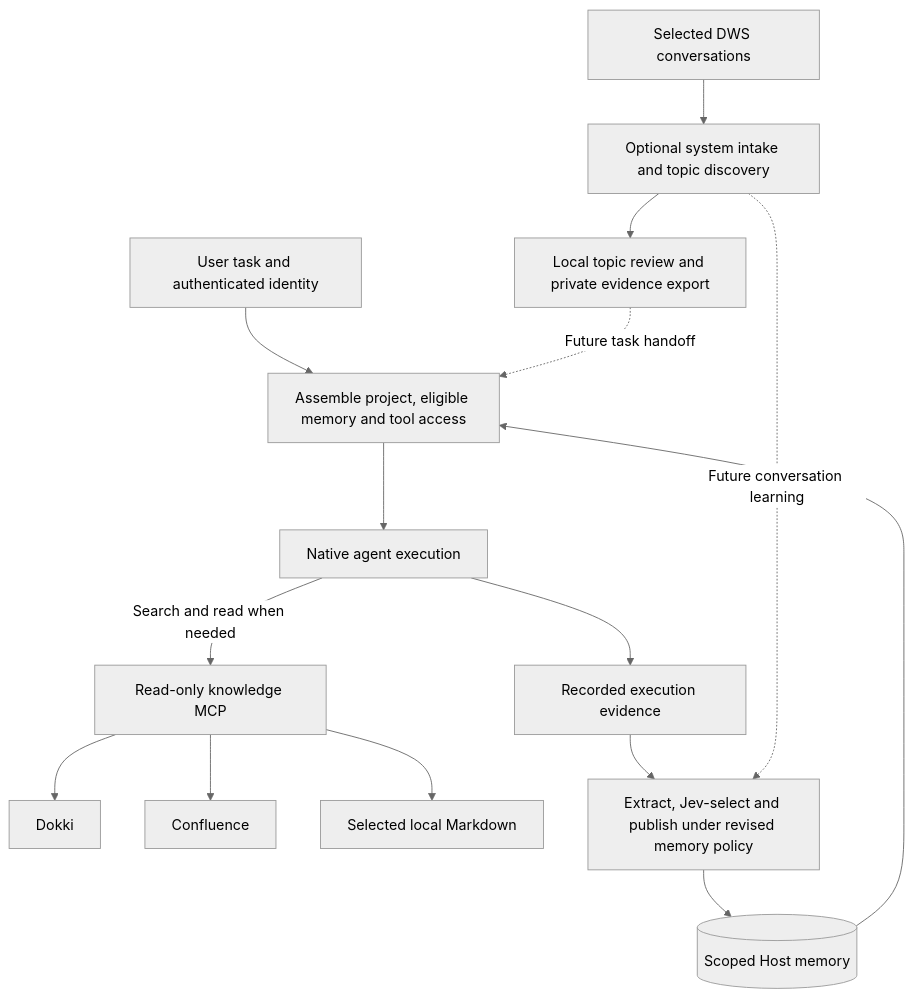
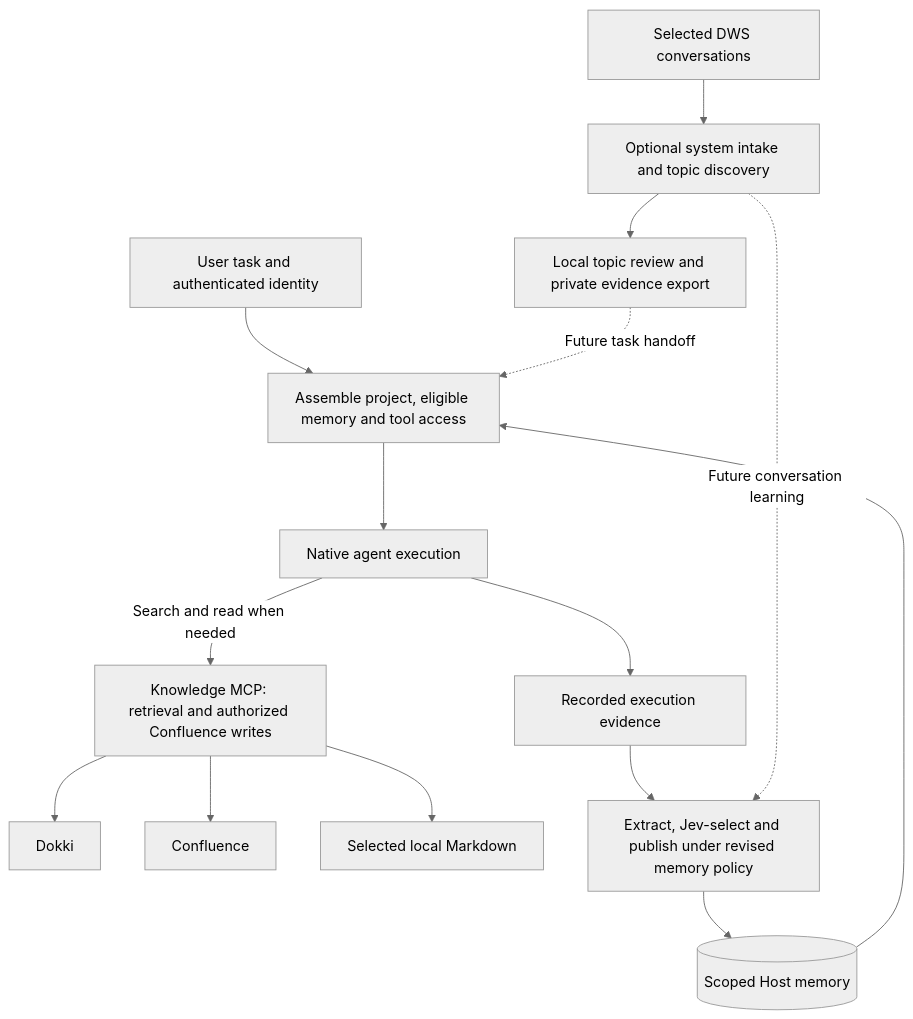
The diagram in docs/knowledge-sources.md (zhoushoujianwork/Agent-Host), drawn with Mermaid (neutral theme) before and after one commit. The commit also changed other lines of this file and 20 other files, not shown here.

Commit message:
docs: refresh architecture and delivery status, retire stale roadmap

````diff
--- a/docs/knowledge-sources.md
+++ b/docs/knowledge-sources.md
@@ -70,17 +70,17 @@
 ```mermaid
 flowchart TD
     T[User task and authenticated identity] --> A[Assemble project, eligible memory and tool access]
     M[(Scoped Host memory)] --> A
     A --> N[Native agent execution]
-    N -->|Search and read when needed| K[Read-only knowledge MCP]
+    N -->|Search and read when needed| K[Knowledge MCP: retrieval and authorized Confluence writes]
     K --> D[Dokki]
     K --> C[Confluence]
     K --> L[Selected local Markdown]
     N --> E[Recorded execution evidence]
     E --> R[Extract, Jev-select and publish under revised memory policy]
     W[Selected DWS conversations] --> I[Optional system intake and topic discovery]
     I --> P[Local topic review and private evidence export]
     P -.->|Future task handoff| A
     I -.->|Future conversation learning| R
     R --> M
 ```
````
